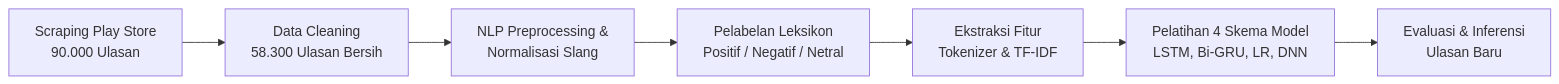
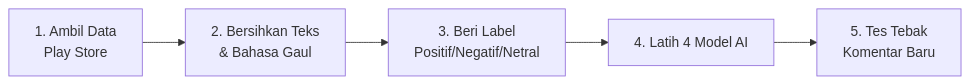
The diagram in Proyek Sentiment Analisis/README.md (azharzuhro12/Proyek-AI-DS-Dicoding), drawn with Mermaid before and after one commit. The commit also changed other lines of this file, not shown here.

````diff
--- a/Proyek Sentiment Analisis/README.md
+++ b/Proyek Sentiment Analisis/README.md
@@ -50,16 +50,11 @@
 ```mermaid
 flowchart LR
-    A[Scraping Play Store
-90.000 Ulasan] --> B[Data Cleaning
-58.300 Ulasan Bersih]
-    B --> C[NLP Preprocessing &
-Normalisasi Slang]
-    C --> D[Pelabelan Leksikon
-Positif / Negatif / Netral]
-    D --> E[Ekstraksi Fitur
-Tokenizer & TF-IDF]
-    E --> F[Pelatihan 4 Skema Model
-LSTM, Bi-GRU, LR, DNN]
-    F --> G[Evaluasi & Inferensi
-Ulasan Baru]
+    A[1. Ambil Data
+Play Store] --> B[2. Bersihkan Teks
+& Bahasa Gaul]
+    B --> C[3. Beri Label
+Positif/Negatif/Netral]
+    C --> D[4. Latih 4 Model AI]
+    D --> E[5. Tes Tebak
+Komentar Baru]
 ```
````
